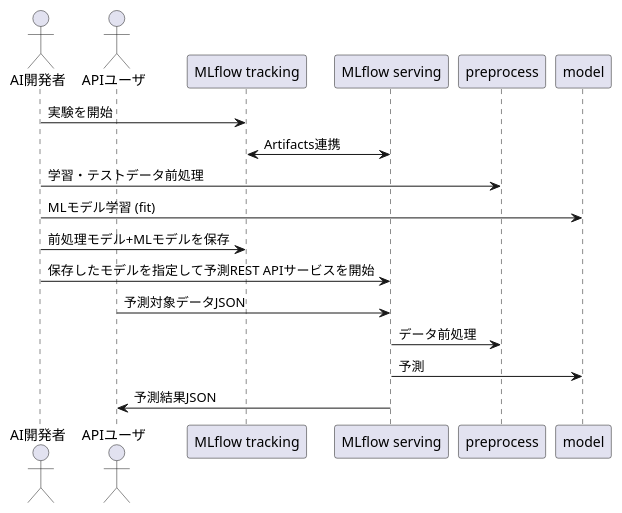
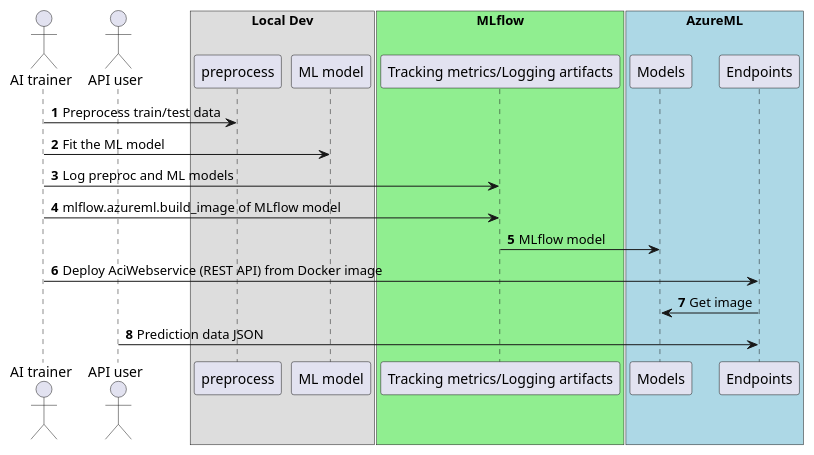
One commit to Tre-Xanh/automl changed the diagram in UML.puml. Above: the diagram before and after it, drawn with PlantUML. The commit also changed 3 other files, not shown here.

```diff
--- a/UML.puml
+++ b/UML.puml
@@ -1,18 +1,32 @@
 @startuml
+autonumber
 skinparam defaultFontName Osaka
 ' scale 2
 ' left to right direction
 ' title mlflowを使った学習・予測
-actor "AI開発者" as trainer
-actor "APIユーザ" as user
-trainer -> "MLflow tracking" as mlflow: 実験を開始
-mlflow <-> "MLflow serving" as serving: Artifacts連携
-trainer -> preprocess: 学習・テストデータ前処理
-trainer -> model: MLモデル学習 (fit)
-trainer -> mlflow: 前処理モデル+MLモデルを保存
-trainer -> serving: 保存したモデルを指定して予測REST APIサービスを開始
-user -> serving: 予測対象データJSON
-serving -> preprocess: データ前処理
-serving -> model: 予測
-serving -> user: 予測結果JSON
+actor "AI trainer" as trainer
+actor "API user" as user
+box "Local Dev"
+participant preprocess
+participant "ML model" as model
+end box
+box "MLflow" #LightGreen
+participant "Tracking metrics/Logging artifacts" as mlflow
+end box
+box "AzureML" #LightBlue
+participant "Models" as builder
+participant "Endpoints" as serving
+end box
+' trainer -> mlflow: Start experiment
+trainer -> preprocess: Preprocess train/test data
+trainer -> model: Fit the ML model
+trainer -> mlflow: Log preproc and ML models
+trainer -> mlflow: mlflow.azureml.build_image of MLflow model
+mlflow -> builder: MLflow model
+trainer -> serving: Deploy AciWebservice (REST API) from Docker image
+serving -> builder: Get image
+user -> serving: Prediction data JSON
+' serving -> preprocess: Preprocess prediction data
+' serving -> model: Predict
+' serving -> user: Prediction result JSON
 @enduml
```
